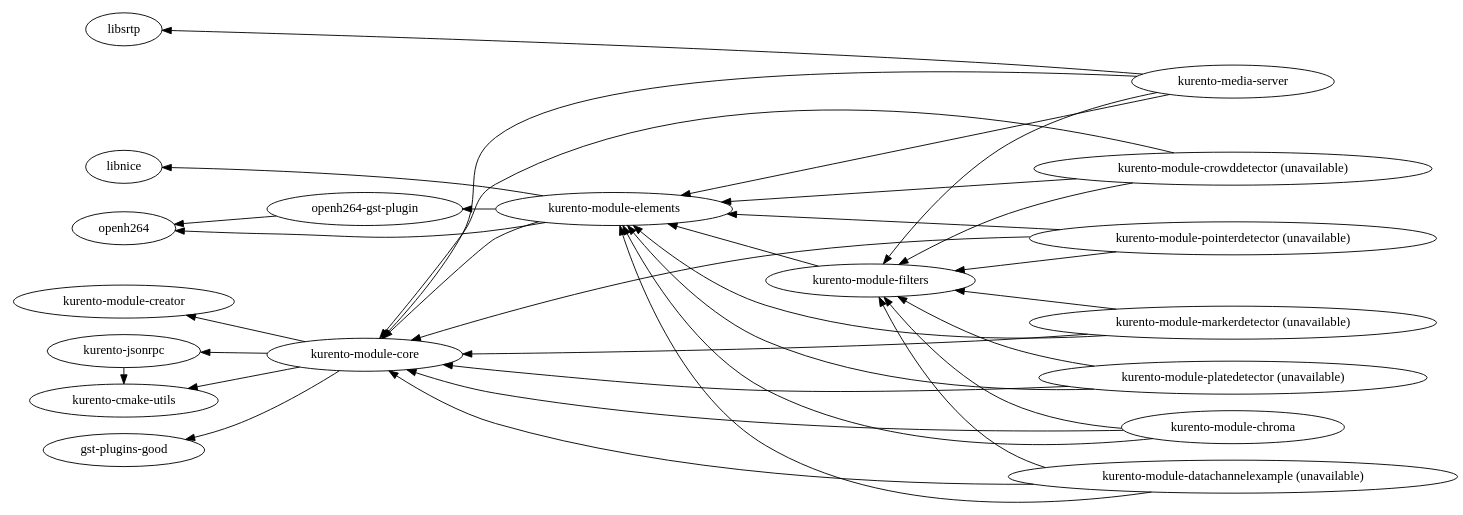
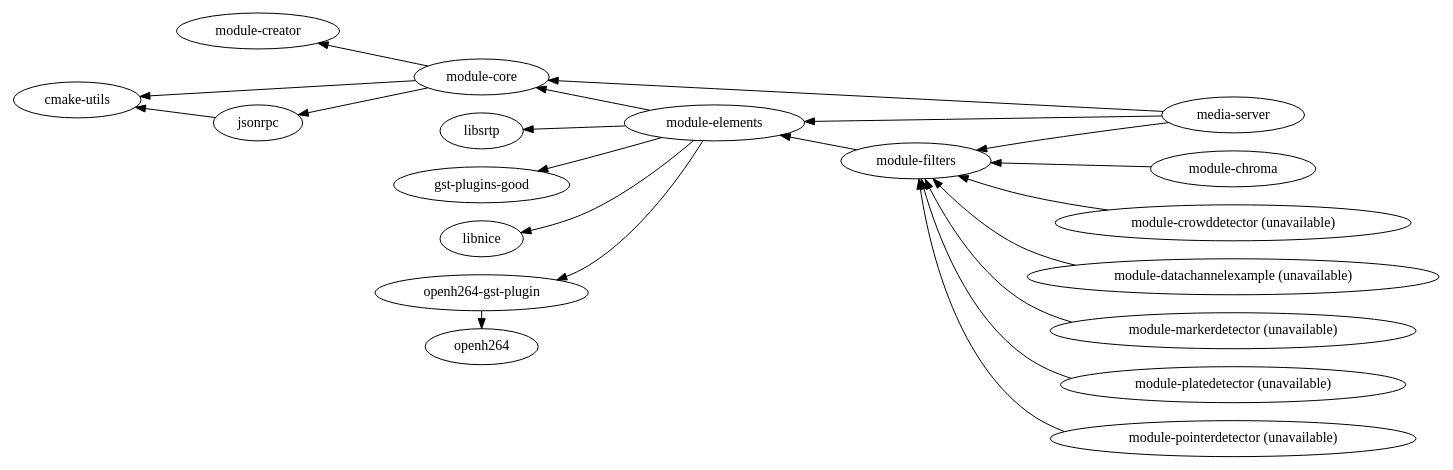
One commit to Kurento/kurento changed the diagram in doc-kurento/source/images/graphs/dependencies-all.dot. Above: the diagram before and after it, drawn with Graphviz. The commit also changed 54 other files, not shown here.

First line of the commit message:
server: Upgrade filters to OpenCV 4.0 C++ API

```diff
--- a/doc-kurento/source/images/graphs/dependencies-all.dot
+++ b/doc-kurento/source/images/graphs/dependencies-all.dot
@@ -1,41 +1,43 @@
 digraph dependencies_all {
   bgcolor = "transparent";
   fontname = "Bitstream Vera Sans";
   fontsize = 8;
   size = "12,8";
 
   rankdir = "RL";
 
   // Forks and external libraries.
   {
     rank = "same";
     "libsrtp";
     "openh264";
     "gst-plugins-good";
     "libnice";
+    "openh264-gst-plugin" -> "openh264";
   }
-  "openh264-gst-plugin" -> {"openh264"};
 
   // Main components.
-  {
-    rank = "same";
-    "kurento-module-creator";
-    "kurento-cmake-utils";
-    "kurento-jsonrpc";
-  }
-  "kurento-jsonrpc" -> {"kurento-cmake-utils"};
-  "kurento-module-core" -> {"gst-plugins-good" "kurento-module-creator" "kurento-cmake-utils" "kurento-jsonrpc"};
-  "kurento-module-elements" -> {"libnice" "openh264" "openh264-gst-plugin" "kurento-module-core"};
-  "kurento-module-filters" -> "kurento-module-elements";
-  "kurento-media-server" -> {"libsrtp" "kurento-module-core" "kurento-module-elements" "kurento-module-filters"};
+  "module-creator";
+  "cmake-utils";
+  "jsonrpc" -> "cmake-utils";
+
+  "module-core" [group = "1"];
+  "module-elements" [group = "1"];
+  "module-filters" [group = "1"];
+  "media-server" [group = "1"];
+
+  "module-core" -> {"module-creator" "cmake-utils" "jsonrpc"};
+  "module-elements" -> {"libsrtp" "gst-plugins-good" "libnice" "openh264-gst-plugin" "module-core"};
+  "module-filters" -> "module-elements";
+  "media-server" -> {"module-core" "module-elements" "module-filters"};
 
   // Example plugins.
-  "kurento-module-chroma" -> {"kurento-module-core" "kurento-module-elements" "kurento-module-filters"};
+  "module-chroma" -> "module-filters";
 
   // Build disabled on Ubuntu >= 20.04 (due to breaking changes in OpenCV 4.0).
-  "kurento-module-crowddetector (unavailable)" -> {"kurento-module-core" "kurento-module-elements" "kurento-module-filters"};
-  "kurento-module-datachannelexample (unavailable)" -> {"kurento-module-core" "kurento-module-elements" "kurento-module-filters"};
-  "kurento-module-markerdetector (unavailable)" -> {"kurento-module-core" "kurento-module-elements" "kurento-module-filters"};
-  "kurento-module-platedetector (unavailable)" -> {"kurento-module-core" "kurento-module-elements" "kurento-module-filters"};
-  "kurento-module-pointerdetector (unavailable)" -> {"kurento-module-core" "kurento-module-elements" "kurento-module-filters"};
+  "module-crowddetector (unavailable)" -> "module-filters";
+  "module-datachannelexample (unavailable)" -> "module-filters";
+  "module-markerdetector (unavailable)" -> "module-filters";
+  "module-platedetector (unavailable)" -> "module-filters";
+  "module-pointerdetector (unavailable)" -> "module-filters";
 }
```
